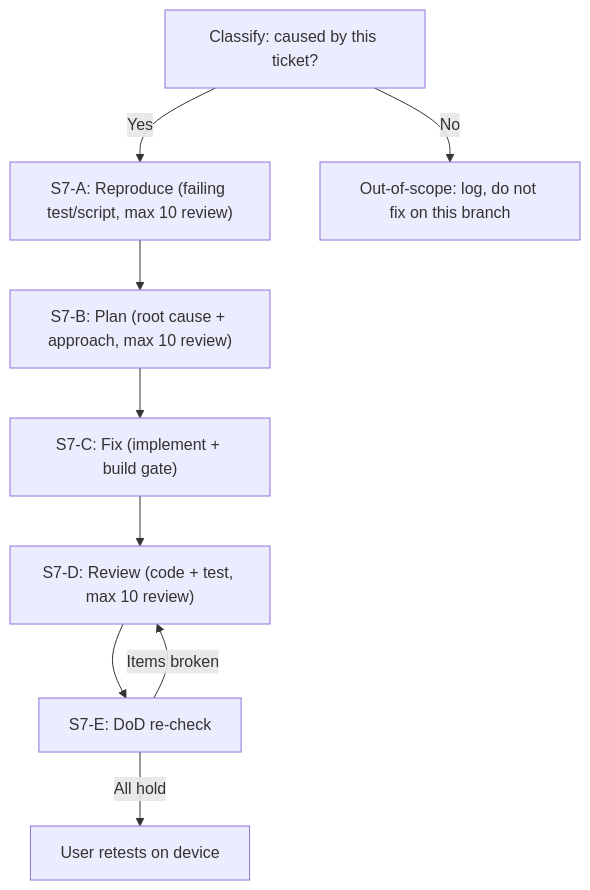
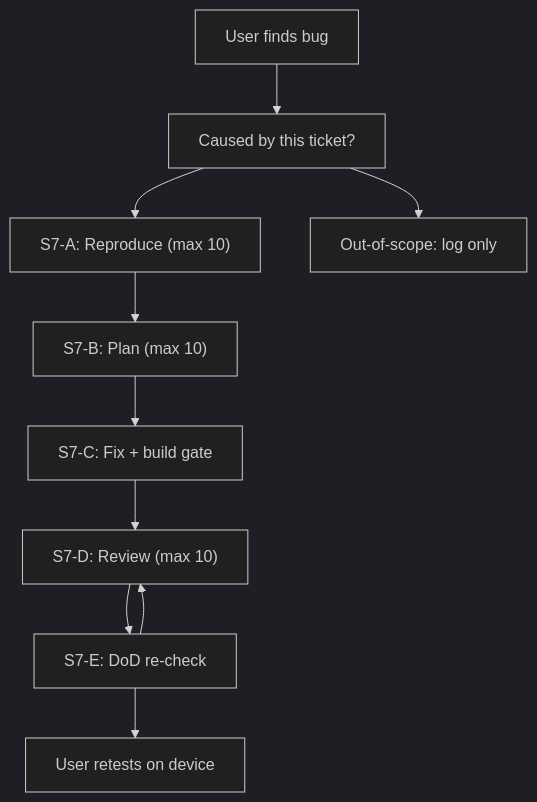
Before and after one commit to Nayeem170/KoThok: the fourth of 9 diagrams in docs/AGENTIC_PIPELINE.md, drawn with Mermaid. The commit also changed other lines of this file and 1 other file, not shown here.

First line of the commit message:
docs: rewrite pipeline diagrams for dark mode readability

````diff
--- a/docs/AGENTIC_PIPELINE.md
+++ b/docs/AGENTIC_PIPELINE.md
@@ -307,12 +277,13 @@
 ```mermaid
+%%{init: {'theme': 'dark'}}%%
 flowchart TD
-    CLASSIFY["Classify: caused by this ticket?"]
-    CLASSIFY -- Yes --> S7A["S7-A: Reproduce (failing test/script, max 10 review)"]
-    CLASSIFY -- No --> LOG["Out-of-scope: log, do not fix on this branch"]
-    S7A --> S7B["S7-B: Plan (root cause + approach, max 10 review)"]
-    S7B --> S7C["S7-C: Fix (implement + build gate)"]
-    S7C --> S7D["S7-D: Review (code + test, max 10 review)"]
-    S7D --> S7E["S7-E: DoD re-check"]
-    S7E --> |"Items broken"| S7D
-    S7E --> |"All hold"| RETEST["User retests on device"]
+    BUG["User finds bug"] --> CLS["Caused by this ticket?"]
+    CLS --> A["S7-A: Reproduce (max 10)"]
+    CLS --> LOG["Out-of-scope: log only"]
+    A --> B["S7-B: Plan (max 10)"]
+    B --> C["S7-C: Fix + build gate"]
+    C --> D["S7-D: Review (max 10)"]
+    D --> E["S7-E: DoD re-check"]
+    E --> D
+    E --> RETEST["User retests on device"]
 ```
````
